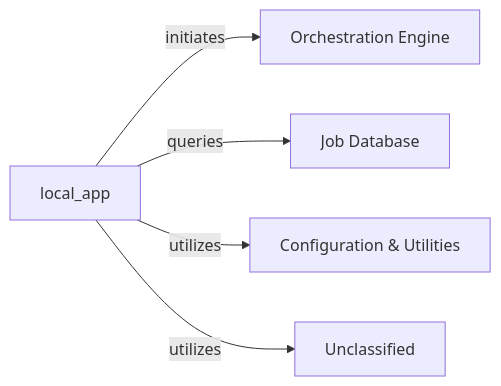
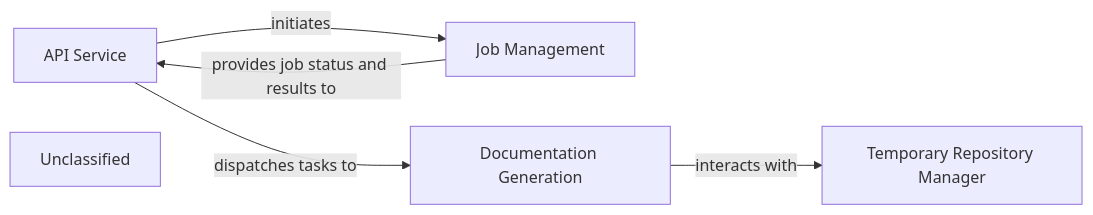
One commit to CodeBoarding/CodeBoarding changed the diagram in .codeboarding/User_Interface_API_Gateway.md. Above: the diagram before and after it, drawn with Mermaid. The commit also changed other lines of this file and 21 other files, not shown here.

First line of the commit message:
docs: update codeboarding documentation and generate architecture

````diff
--- a/.codeboarding/User_Interface_API_Gateway.md
+++ b/.codeboarding/User_Interface_API_Gateway.md
@@ -1,13 +1,12 @@
 ```mermaid
 graph LR
-    local_app["local_app"]
-    Orchestration_Engine["Orchestration Engine"]
-    Job_Database["Job Database"]
-    Configuration_Utilities["Configuration & Utilities"]
+    API_Service["API Service"]
+    Job_Management["Job Management"]
+    Documentation_Generation["Documentation Generation"]
+    Temporary_Repository_Manager["Temporary Repository Manager"]
     Unclassified["Unclassified"]
-    Unclassified["Unclassified"]
-    local_app -- "initiates" --> Orchestration_Engine
-    local_app -- "queries" --> Job_Database
-    local_app -- "utilizes" --> Configuration_Utilities
-    local_app -- "utilizes" --> Unclassified
+    API_Service -- "initiates" --> Job_Management
+    API_Service -- "dispatches tasks to" --> Documentation_Generation
+    Job_Management -- "provides job status and results to" --> API_Service
+    Documentation_Generation -- "interacts with" --> Temporary_Repository_Manager
 ```
````
